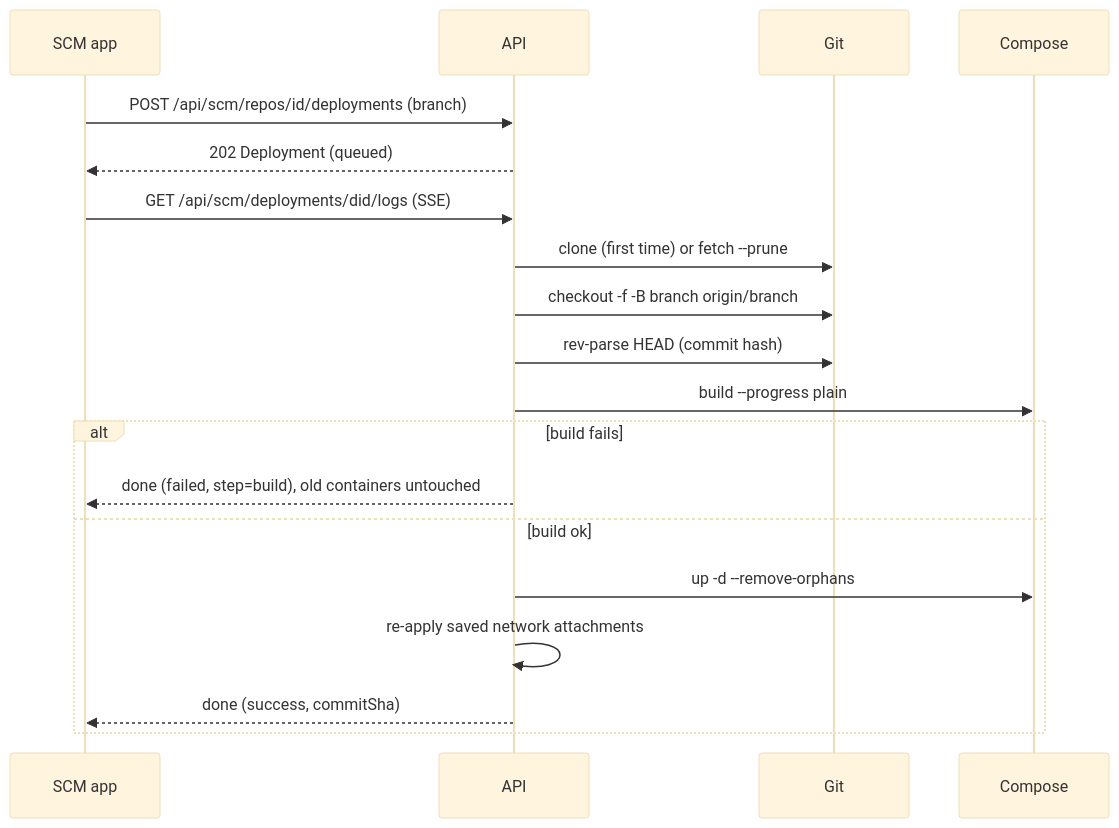
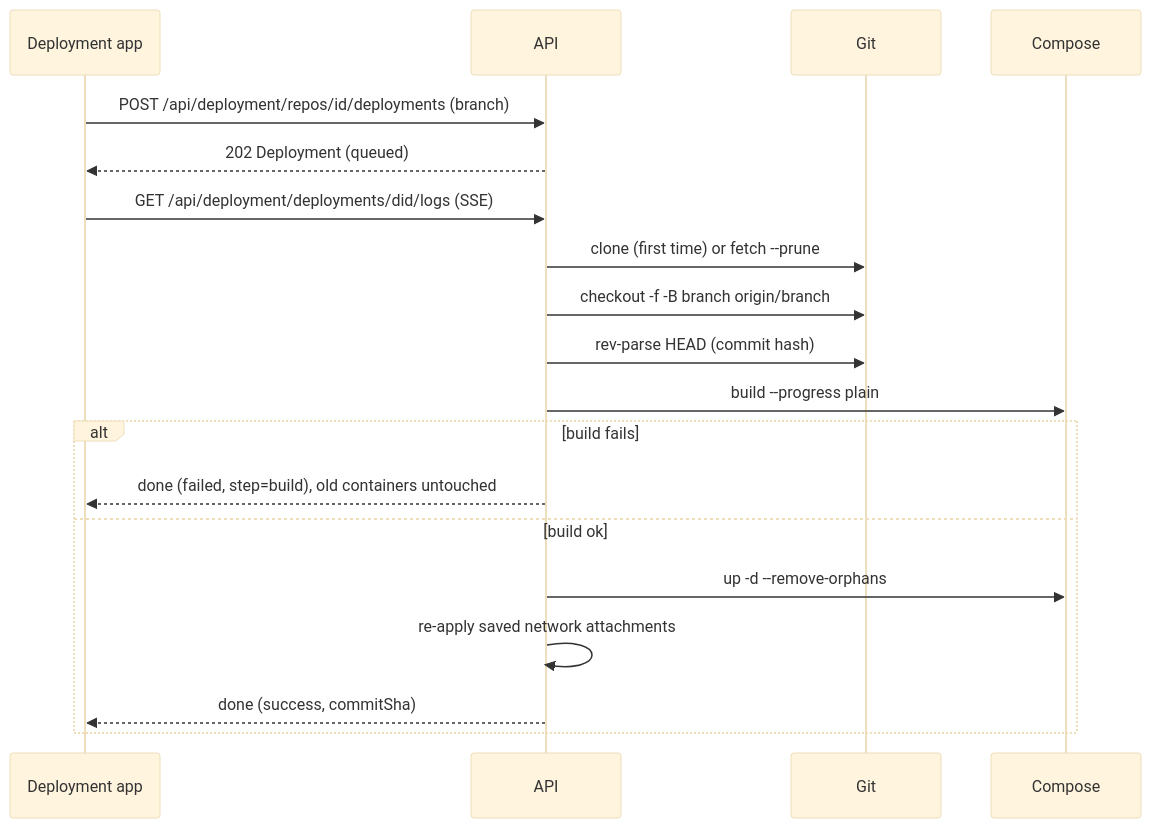
Before and after one commit to marcuspeh/docker_management: the second of 2 diagrams in docs/tech-design-backend.md, drawn with Mermaid (base theme). The commit also changed other lines of this file and 43 other files, not shown here.

First line of the commit message:
refactor: rename the SCM app to Deployment

````diff
--- a/docs/tech-design-backend.md
+++ b/docs/tech-design-backend.md
@@ -65,21 +65,21 @@
 ```mermaid
 sequenceDiagram
-    participant UI as SCM app
+    participant UI as Deployment app
     participant API
     participant Git
     participant Compose
-    UI->>API: POST /api/scm/repos/id/deployments (branch)
+    UI->>API: POST /api/deployment/repos/id/deployments (branch)
     API-->>UI: 202 Deployment (queued)
-    UI->>API: GET /api/scm/deployments/did/logs (SSE)
+    UI->>API: GET /api/deployment/deployments/did/logs (SSE)
     API->>Git: clone (first time) or fetch --prune
     API->>Git: checkout -f -B branch origin/branch
     API->>Git: rev-parse HEAD (commit hash)
     API->>Compose: build --progress plain
     alt build fails
         API-->>UI: done (failed, step=build), old containers untouched
     else build ok
         API->>Compose: up -d --remove-orphans
         API->>API: re-apply saved network attachments
         API-->>UI: done (success, commitSha)
     end
 ```
````
